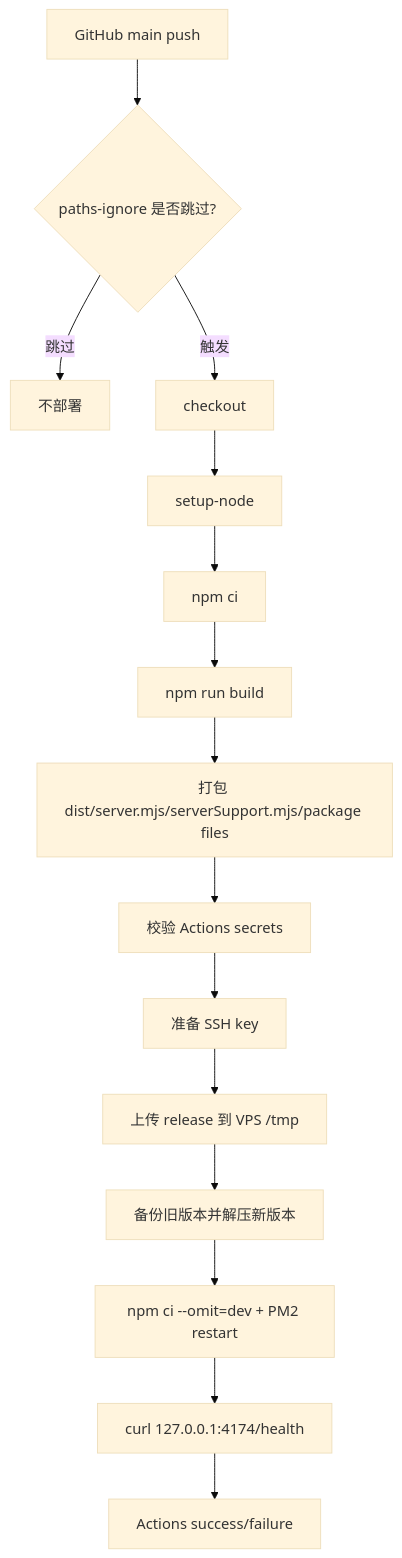
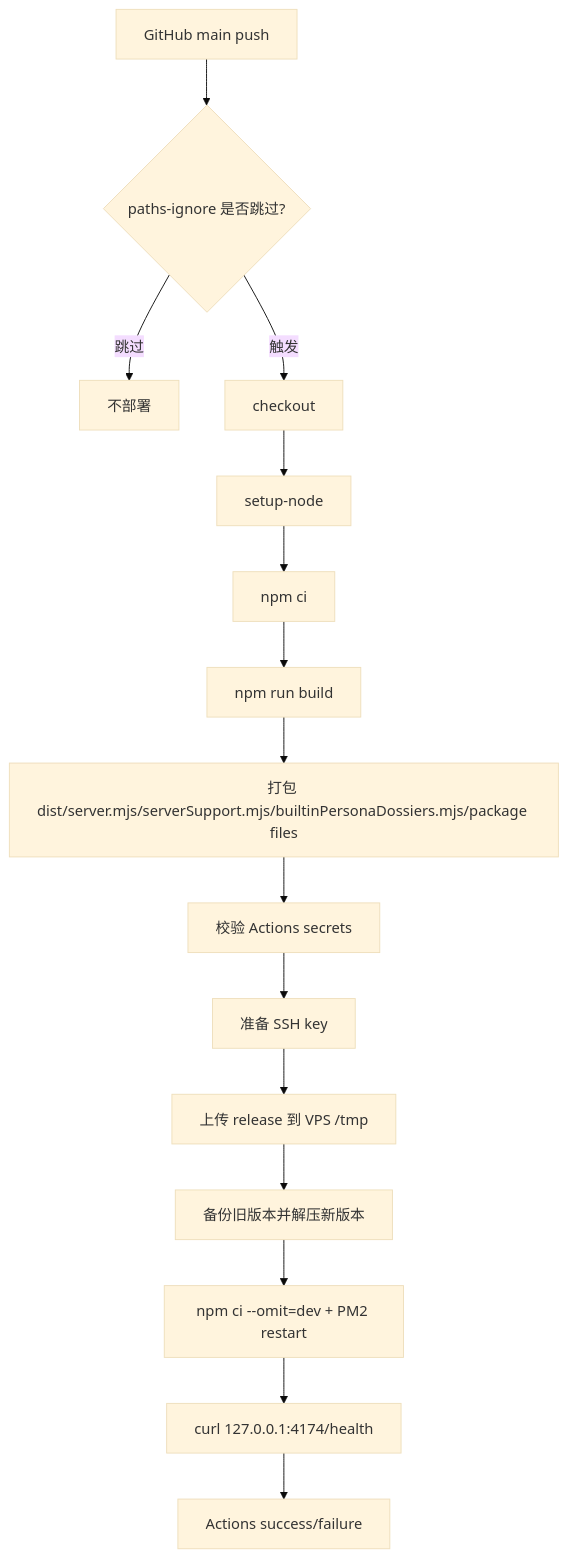
Diagram 28 of 30 in docs/SYSTEM_FLOW.md (ttmanthatman/virtual-human-flow), drawn with Mermaid (base theme) before and after one commit. The commit also changed other lines of this file and 13 other files, not shown here.

Commit message:
Add grouped persona dossiers with locations

````diff
--- a/docs/SYSTEM_FLOW.md
+++ b/docs/SYSTEM_FLOW.md
@@ -596,17 +616,17 @@
 ```mermaid
 flowchart TD
     PUSH["GitHub main push"] --> FILTER{"paths-ignore 是否跳过?"}
     FILTER -- "跳过" --> END["不部署"]
     FILTER -- "触发" --> CHECKOUT["checkout"]
     CHECKOUT --> NODE["setup-node"]
     NODE --> INSTALL["npm ci"]
     INSTALL --> BUILD["npm run build"]
-    BUILD --> PACKAGE["打包 dist/server.mjs/serverSupport.mjs/package files"]
+    BUILD --> PACKAGE["打包 dist/server.mjs/serverSupport.mjs/builtinPersonaDossiers.mjs/package files"]
     PACKAGE --> SECRETS["校验 Actions secrets"]
     SECRETS --> SSH["准备 SSH key"]
     SSH --> UPLOAD["上传 release 到 VPS /tmp"]
     UPLOAD --> ACTIVATE["备份旧版本并解压新版本"]
     ACTIVATE --> PM2["npm ci --omit=dev + PM2 restart"]
     PM2 --> HEALTH["curl 127.0.0.1:4174/health"]
     HEALTH --> RESULT["Actions success/failure"]
 ```
````
